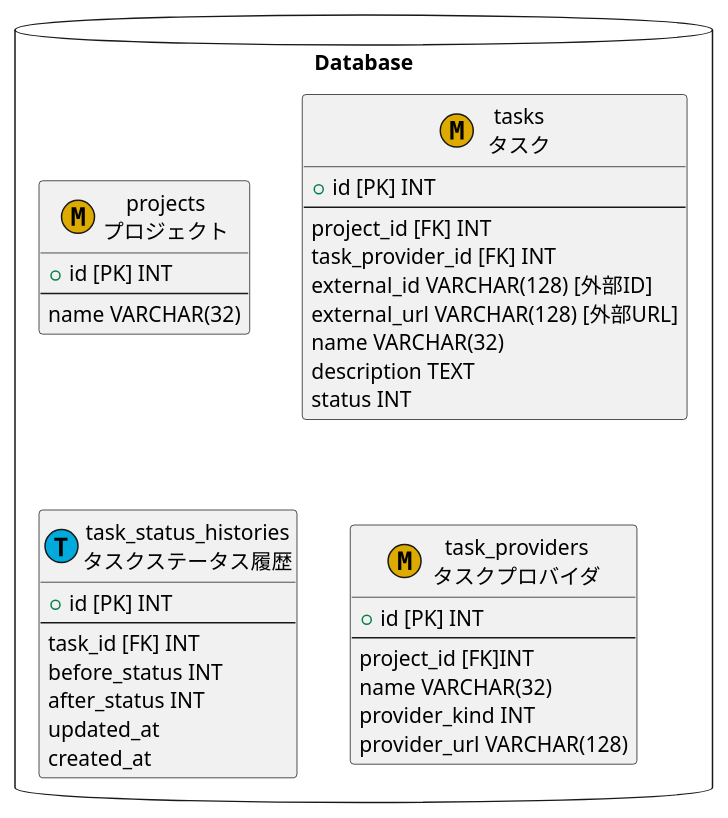
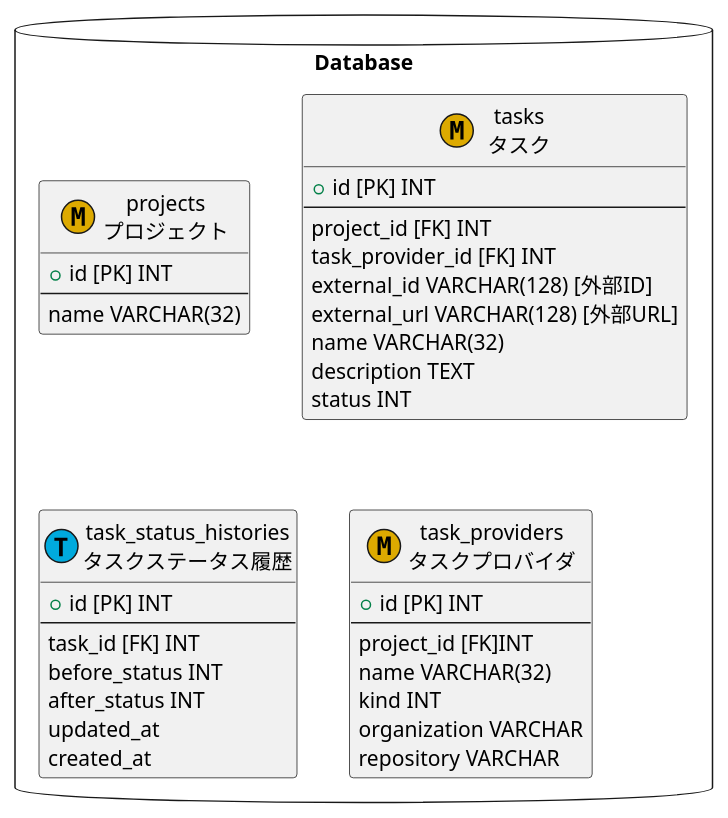
The diagram in docs/mvp/tables.pu (yuya-okada527/panopticon-docs), drawn with PlantUML before and after one commit. The commit also changed 1 other file, not shown here.

```diff
--- a/docs/mvp/tables.pu
+++ b/docs/mvp/tables.pu
@@ -1,42 +1,43 @@
 @startuml テーブル一覧
 
 package "Database" <<Database>> {
   entity "projects\nプロジェクト" as projects <<M, DDAA00>> {
     + id [PK] INT
     --
     name VARCHAR(32)
   }
   entity "tasks\nタスク" as tasks <<M, DDAA00>> {
     + id [PK] INT
     --
     project_id [FK] INT
     task_provider_id [FK] INT
     external_id VARCHAR(128) [外部ID]
     external_url VARCHAR(128) [外部URL]
     name VARCHAR(32)
     description TEXT
     '0: created, 1: todo, 2: doing, 3: done, 4: closed
     status INT
   }
   entity "task_status_histories\nタスクステータス履歴" as task_status_histories <<T, 00AADD>> {
     + id [PK] INT
     --
     task_id [FK] INT
     before_status INT
     after_status INT
     updated_at
     created_at
   }
   entity "task_providers\nタスクプロバイダ" as task_providers <<M, DDAA00>> {
     + id [PK] INT
     --
     project_id [FK]INT
     name VARCHAR(32)
     '0: user, 1: github
-    provider_kind INT
-    provider_url VARCHAR(128)
+    kind INT
+    organization VARCHAR
+    repository VARCHAR
   }
 }
 
 
 @enduml
```
